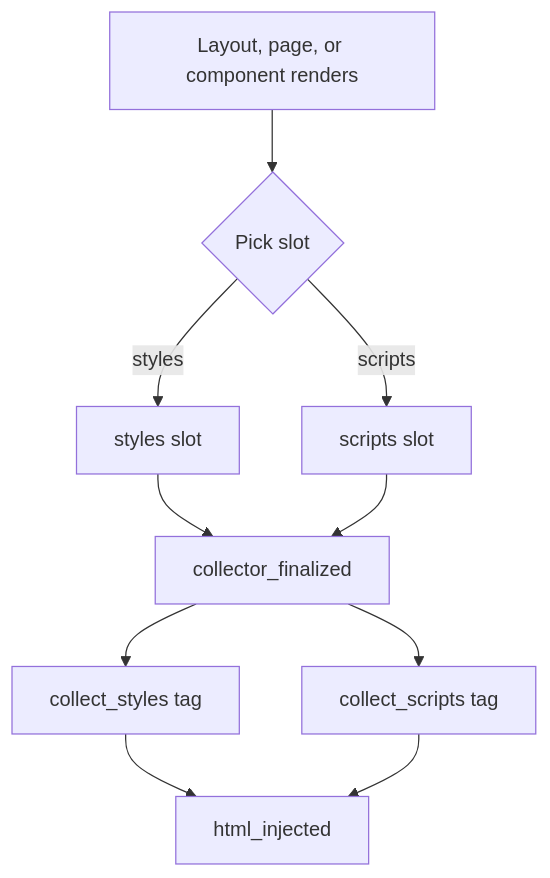
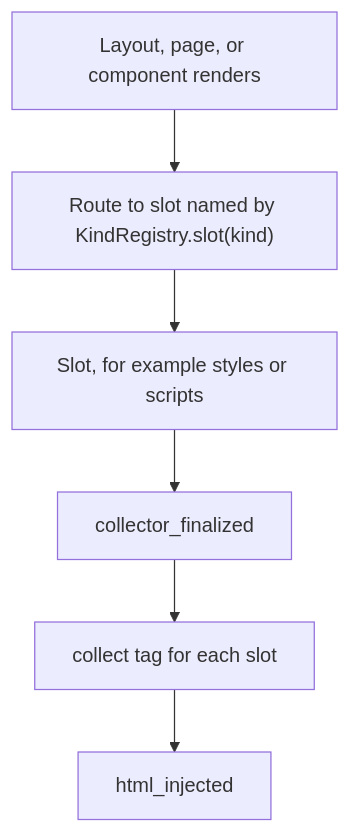
Before and after one commit to next-dj/next-dj: the second of 3 diagrams in docs/content/internals/static-pipeline.rst, drawn with Mermaid. The commit also changed other lines of this file and 64 other files, not shown here.

```diff
--- a/docs/content/internals/static-pipeline.rst
+++ b/docs/content/internals/static-pipeline.rst
@@ -40,12 +40,8 @@
 .. mermaid::
 
    flowchart TB
-       Trigger["Layout, page, or component renders"] --> Pick{"Pick slot"}
-       Pick -- styles --> StylesSlot["styles slot"]
-       Pick -- scripts --> ScriptsSlot["scripts slot"]
-       StylesSlot --> Finalize["collector_finalized"]
-       ScriptsSlot --> Finalize
-       Finalize --> EmitStyles["collect_styles tag"]
-       Finalize --> EmitScripts["collect_scripts tag"]
-       EmitStyles --> Injected["html_injected"]
-       EmitScripts --> Injected
+       Trigger["Layout, page, or component renders"] --> Route["Route to slot named by KindRegistry.slot(kind)"]
+       Route --> Slot["Slot, for example styles or scripts"]
+       Slot --> Finalize["collector_finalized"]
+       Finalize --> Emit["collect tag for each slot"]
+       Emit --> Injected["html_injected"]
```
